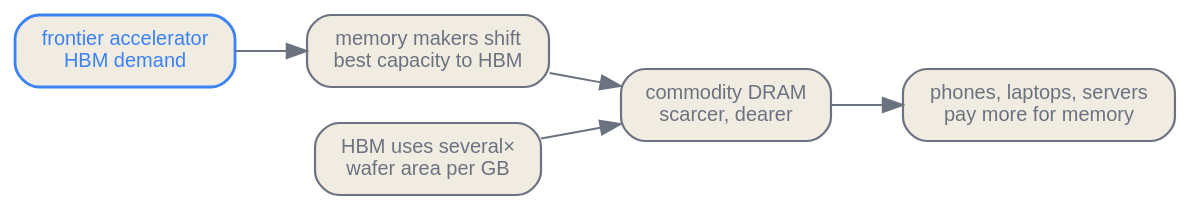
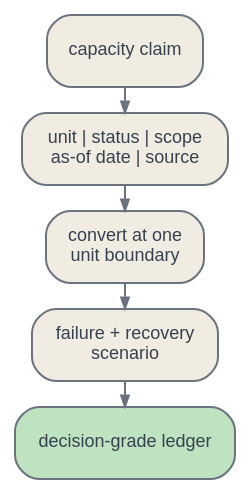
The fourth of 4 diagrams in en/infrastructure/06-making-the-silicon.qmd (latere-ai/ai-as-an-infrastructure), drawn with Graphviz before and after one commit. The commit also changed other lines of this file and 3 other files, not shown here.

Commit message:
docs: rewrite making the silicon

````diff
--- a/en/infrastructure/06-making-the-silicon.qmd
+++ b/en/infrastructure/06-making-the-silicon.qmd
@@ -132,20 +344,17 @@
 ```{dot}
-//| label: fig-making-silicon-cannibalize
-//| fig-cap: "The memory supercycle as a constraint arrow reaching past the datacenter. HBM's wafer-area premium and the memory makers' capacity shift mean a frontier accelerator's demand raises the price of memory in an unrelated phone, coupling AI compute to all of computing."
-digraph cannibalize {
-  rankdir=LR;
+//| label: fig-making-silicon-evidence
+//| fig-cap: "The evidence path from a public claim to a decision-grade supply entry. Missing metadata becomes an explicit uncertainty rather than hidden precision."
+digraph evidence {
   bgcolor="transparent";
-  node [shape=box, style="rounded,filled", fontname="Helvetica", fontsize=10, color="#6b7280", fontcolor="#6b7280", fillcolor="#f1ece1", penwidth=1.1];
-  edge [color="#6b7280", fontcolor="#6b7280", fontsize=9];
-
-  demand [label="frontier accelerator\nHBM demand", color="#3b82f6", fontcolor="#3b82f6", penwidth=1.4];
-  shift  [label="memory makers shift\nbest capacity to HBM"];
-  area   [label="HBM uses several×\nwafer area per GB"];
-  scarce [label="commodity DRAM\nscarcer, dearer"];
-  cons   [label="phones, laptops, servers\npay more for memory"];
-
-  demand -> shift -> scarce;
-  area -> scarce;
-  scarce -> cons;
+  rankdir=TB;
+  nodesep=0.12; ranksep=0.18;
+  node [shape=box, style="rounded,filled", fontname="Helvetica", fontsize=9, margin="0.08,0.04", color="#6b7280", fontcolor="#374151", fillcolor="#f1ece1"];
+  edge [color="#6b7280", arrowsize=0.55];
+  claim [label="capacity claim"];
+  meta [label="unit | status | scope\nas-of date | source"];
+  reconcile [label="convert at one\nunit boundary"];
+  scenario [label="failure + recovery\nscenario"];
+  decision [label="decision-grade ledger", fillcolor="#bfe3c0"];
+  claim -> meta -> reconcile -> scenario -> decision;
 }
 ```
````
